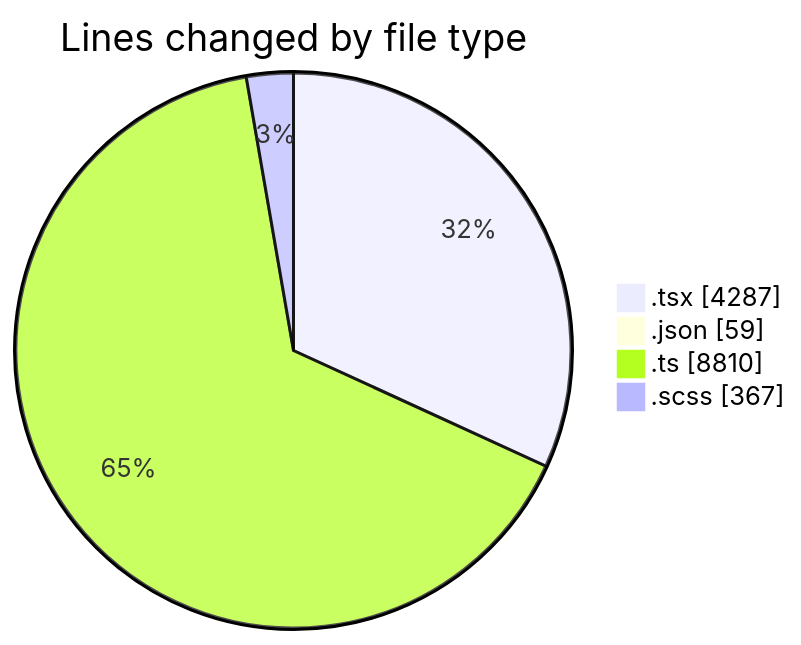
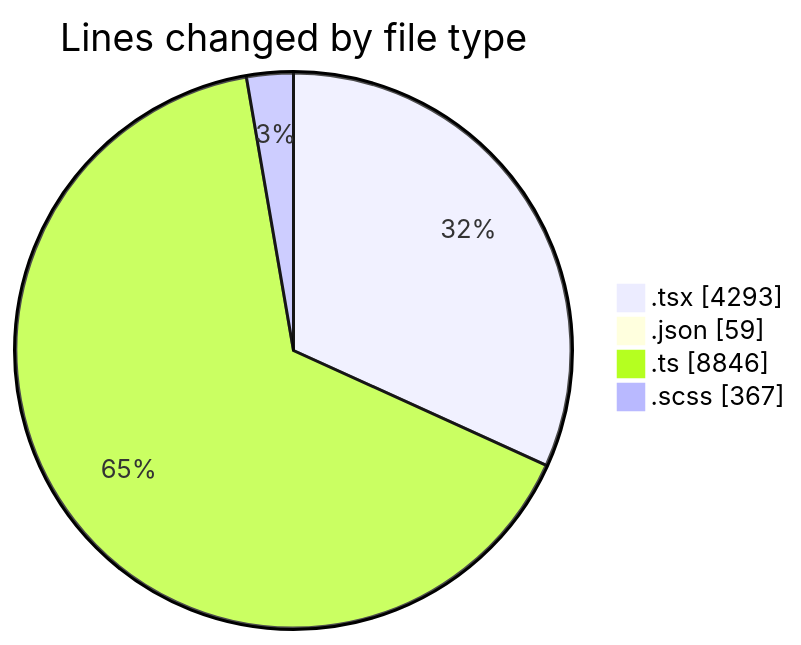
Before and after one commit to momahboobian/code-tracking: the first of 2 diagrams in 2025-11-24/cda/README.md, drawn with Mermaid. The commit also changed other lines of this file and 1 other file, not shown here.

````diff
--- a/2025-11-24/cda/README.md
+++ b/2025-11-24/cda/README.md
@@ -36,8 +36,8 @@
 ```mermaid
 pie showData
 title Lines changed by file type
-".tsx" : 4287
+".tsx" : 4293
 ".json" : 59
-".ts" : 8810
+".ts" : 8846
 ".scss" : 367
 ```
````
